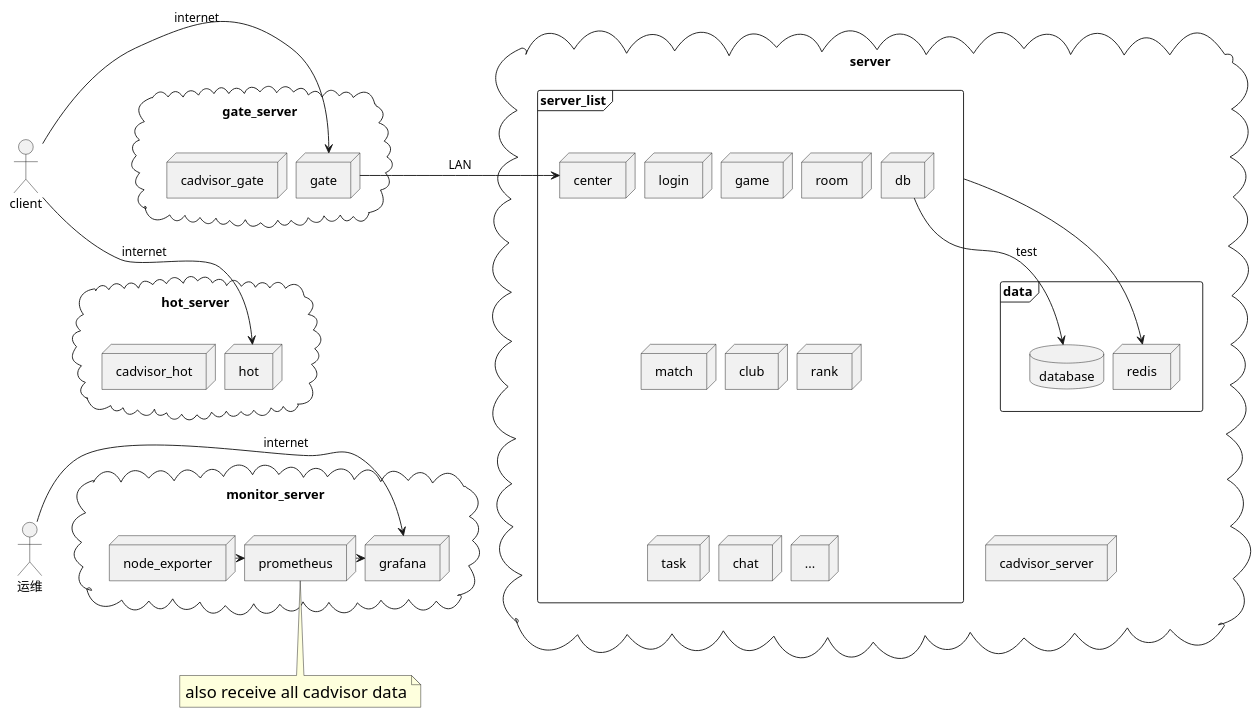
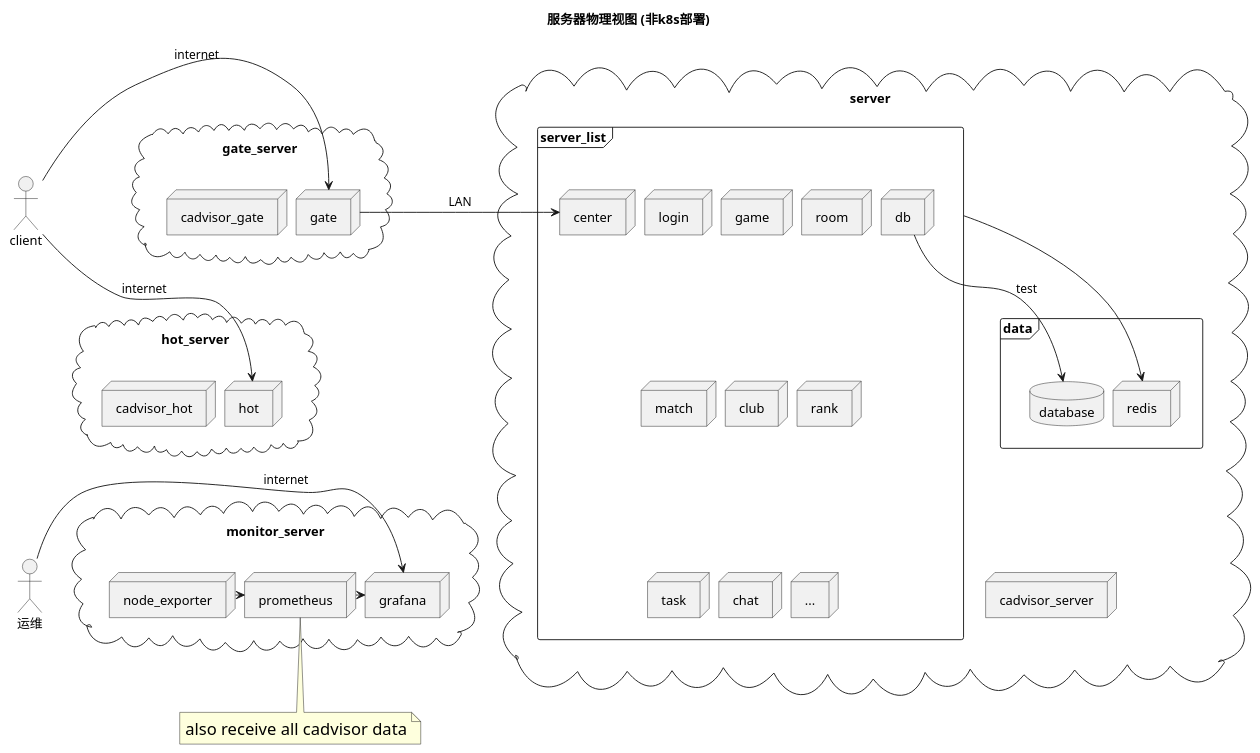
The second of 2 diagrams in blog_release/qygame.org (clay9/blog), drawn with PlantUML before and after one commit. The commit also changed 1 other file, not shown here.

Commit message:
Auto Push 2023-06-15 23:42:39

```diff
--- a/blog_release/qygame.org
+++ b/blog_release/qygame.org
@@ -200,72 +200,73 @@
     #+begin_src plantuml :file qygame/server_deployment.png :export both
       @startuml
+      title 服务器物理视图 (非k8s部署)
       skinparam nodesep 10
 
       together {
           actor client
           actor 运维 as ops
 
           client --[hidden]-> ops
       }
 
       together{
           cloud gate_server{
               node gate
               node cadvisor_gate
           }
           cloud hot_server {
               node hot
               node cadvisor_hot
           }
 
           cloud monitor_server{
               node node_exporter
               node prometheus
               node grafana
           }
 
           'gate_server放在hot_server之上
           gate_server --[hidden]> hot_server
           hot_server --[hidden]> monitor_server
       }
 
       cloud server {
           frame server_list{
               node center
               node login
               node game
               node room
               node match
               node club
               node rank
               node task
               node chat
               node db
               node "..."
           }
 
           frame data {
               database database
               node redis
           }
 
           node cadvisor_server
 
           cadvisor_server -[hidden]u-> data
       }
 
       client->gate : internet
       client->hot : internet
       gate->center :LAN
       server_list->redis
       db-->database : test
 
 
       ops->grafana : internet
       note "<size 18>also receive all cadvisor data</size>" as N1
       N1 -u-> prometheus
       node_exporter->prometheus
       prometheus->grafana
 
       @enduml
     #+end_src
```
